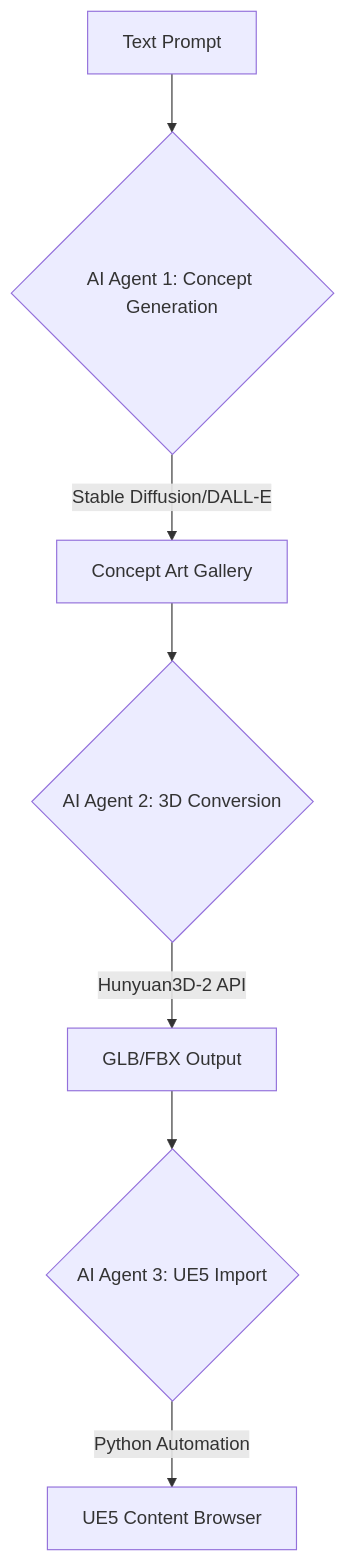
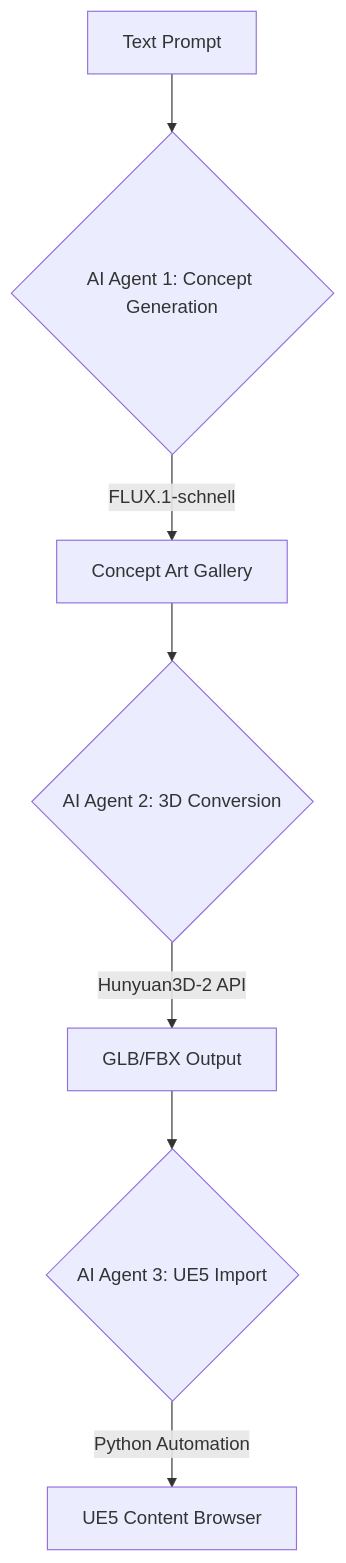
The second of 2 diagrams in Documentation/Source/Pipeline-chat.md (XXJones21/Dreamwave-Synthesia), drawn with Mermaid before and after one commit. The commit also changed other lines of this file and 3 other files, not shown here.

Commit message:
Add initial project files for Dreamwave Synthesia - FLUX.1-schnell AI pipeline integration (without ComfyUI folder)

````diff
--- a/Documentation/Source/Pipeline-chat.md
+++ b/Documentation/Source/Pipeline-chat.md
@@ -174,9 +174,9 @@
 ```mermaid
 graph TD
     A[Text Prompt] --> B{AI Agent 1: Concept Generation}
-    B -->|Stable Diffusion/DALL-E| C[Concept Art Gallery]
+    B -->|FLUX.1-schnell| C[Concept Art Gallery]
     C --> D{AI Agent 2: 3D Conversion}
     D -->|Hunyuan3D-2 API| E[GLB/FBX Output]
     E --> F{AI Agent 3: UE5 Import}
     F -->|Python Automation| G[UE5 Content Browser]
 ```
````
